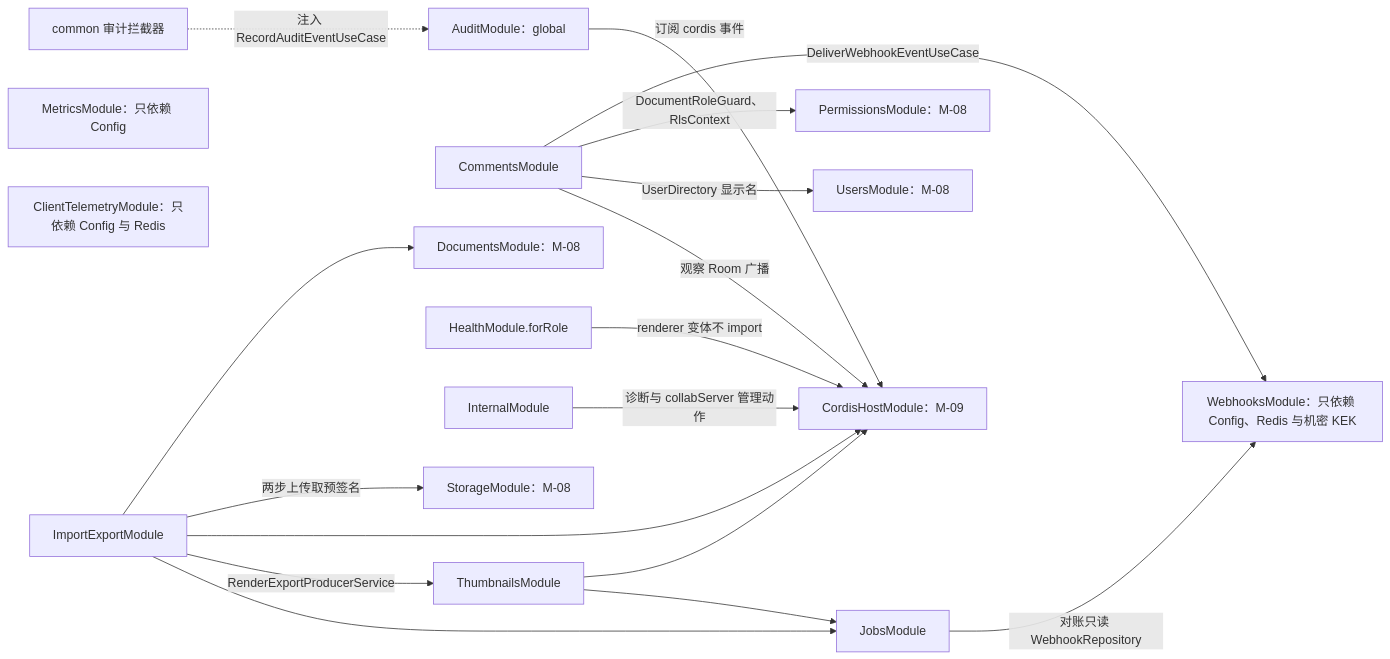
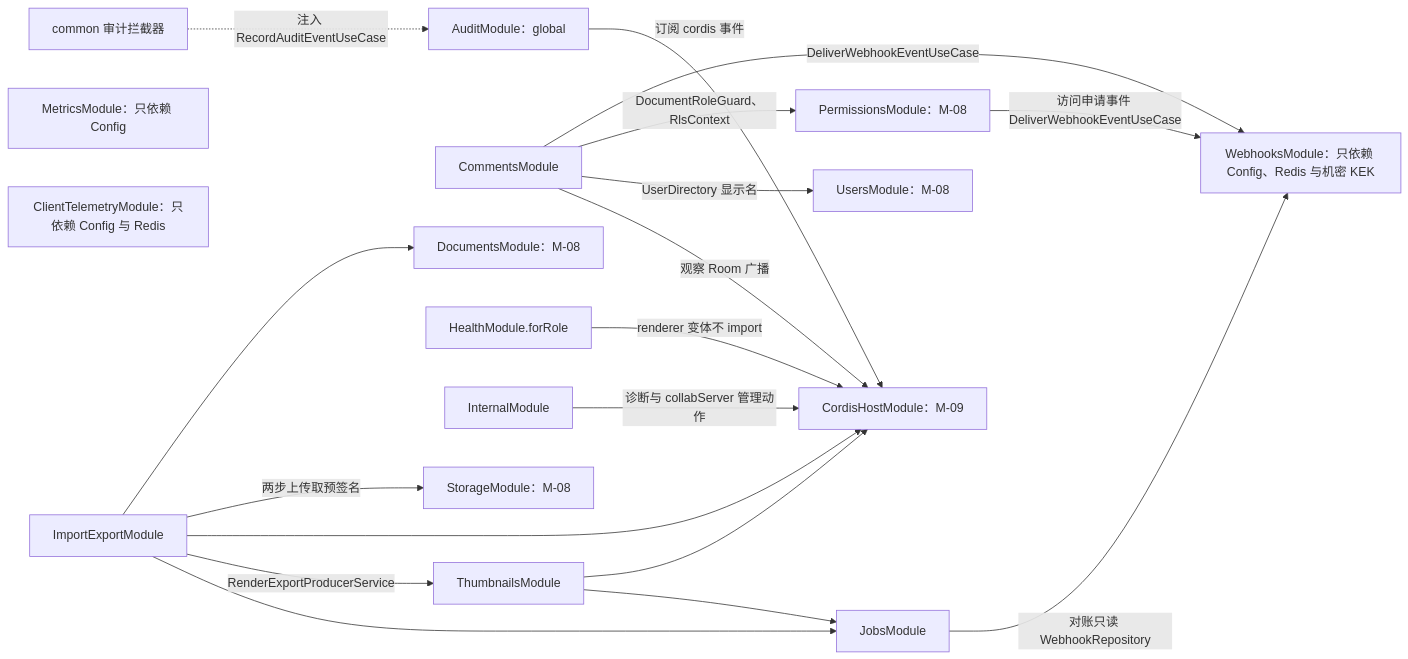
One commit to Xeonice/cordis-ppt-editor changed diagram 15 of 17 in docs/60-backend/01-service-overview-and-roles.md. Above: the diagram before and after it, drawn with Mermaid. The commit also changed other lines of this file and 19 other files, not shown here.

````diff
--- a/docs/60-backend/01-service-overview-and-roles.md
+++ b/docs/60-backend/01-service-overview-and-roles.md
@@ -826,35 +826,36 @@
 ```mermaid
 flowchart LR
   jobs["JobsModule"]
   webhooks["WebhooksModule：只依赖 Config、Redis 与机密 KEK"]
   importExport["ImportExportModule"]
   thumbnails["ThumbnailsModule"]
   comments["CommentsModule"]
   audit["AuditModule：global"]
   health["HealthModule.forRole"]
   metrics["MetricsModule：只依赖 Config"]
   internal["InternalModule"]
   telemetry["ClientTelemetryModule：只依赖 Config 与 Redis"]
   cordisHost["CordisHostModule：M-09"]
   documents["DocumentsModule：M-08"]
   storage["StorageModule：M-08"]
   users["UsersModule：M-08"]
   permissions["PermissionsModule：M-08"]
   interceptor["common 审计拦截器"]
   importExport --> jobs
   importExport -- "RenderExportProducerService" --> thumbnails
   importExport --> cordisHost
   importExport -- "两步上传取预签名" --> storage
   importExport --> documents
   thumbnails --> jobs
   thumbnails --> cordisHost
   comments -- "观察 Room 广播" --> cordisHost
   comments -- "UserDirectory 显示名" --> users
   comments -- "DocumentRoleGuard、RlsContext" --> permissions
   comments -- "DeliverWebhookEventUseCase" --> webhooks
+  permissions -- "访问申请事件 DeliverWebhookEventUseCase" --> webhooks
   jobs -- "对账只读 WebhookRepository" --> webhooks
   audit -- "订阅 cordis 事件" --> cordisHost
   health -- "renderer 变体不 import" --> cordisHost
   internal -- "诊断与 collabServer 管理动作" --> cordisHost
   interceptor -. "注入 RecordAuditEventUseCase" .-> audit
 ```
````
